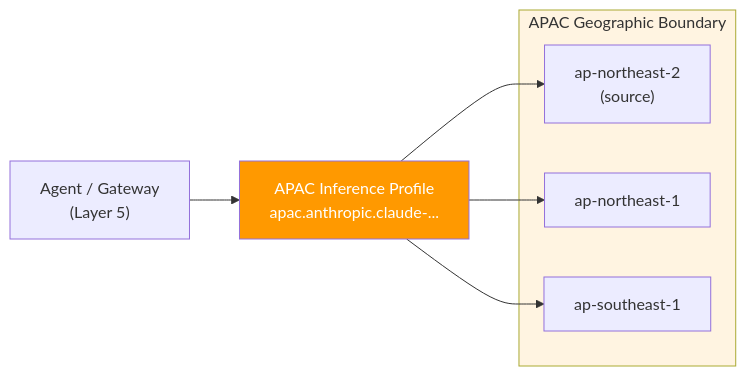
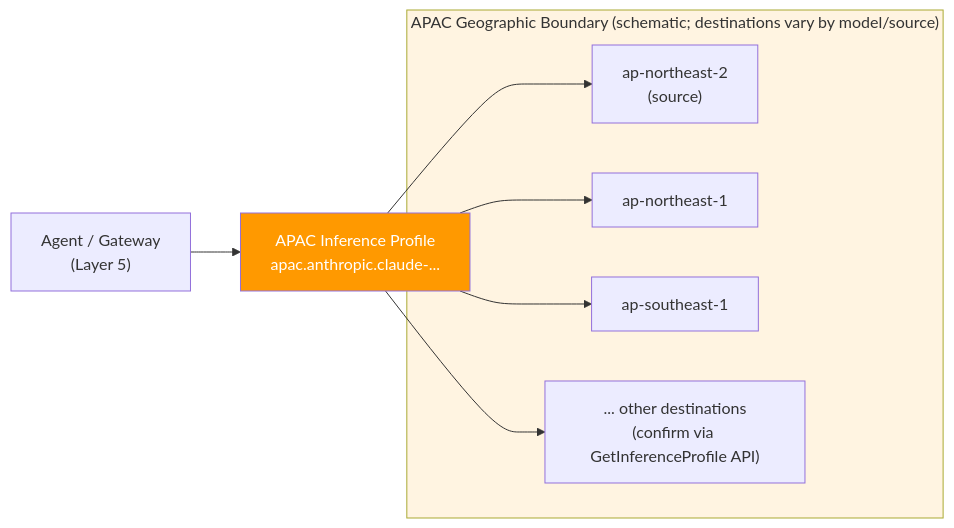
Before and after one commit to devfloor9/engineering-playbook: the third of 4 diagrams in docs/agentic-ai-platform/design-architecture/platform-selection/sovereign-hybrid-deployment.md, drawn with Mermaid. The commit also changed other lines of this file and 39 other files, not shown here.

````diff
--- a/docs/agentic-ai-platform/design-architecture/platform-selection/sovereign-hybrid-deployment.md
+++ b/docs/agentic-ai-platform/design-architecture/platform-selection/sovereign-hybrid-deployment.md
@@ -175,17 +206,18 @@
 ```mermaid
 flowchart LR
     AGENT["Agent / Gateway<br/>(Layer 5)"]
     PROFILE["APAC Inference Profile<br/>apac.anthropic.claude-..."]
 
-    subgraph APAC["APAC Geographic Boundary"]
+    subgraph APAC["APAC Geographic Boundary (schematic; destinations vary by model/source)"]
         R1["ap-northeast-2<br/>(source)"]
         R2["ap-northeast-1"]
         R3["ap-southeast-1"]
+        R4["... other destinations<br/>(confirm via GetInferenceProfile API)"]
     end
 
     AGENT --> PROFILE
-    PROFILE --> R1 & R2 & R3
+    PROFILE --> R1 & R2 & R3 & R4
 
     style APAC fill:#fff4e1
     style PROFILE fill:#ff9900,color:#fff
 ```
````
